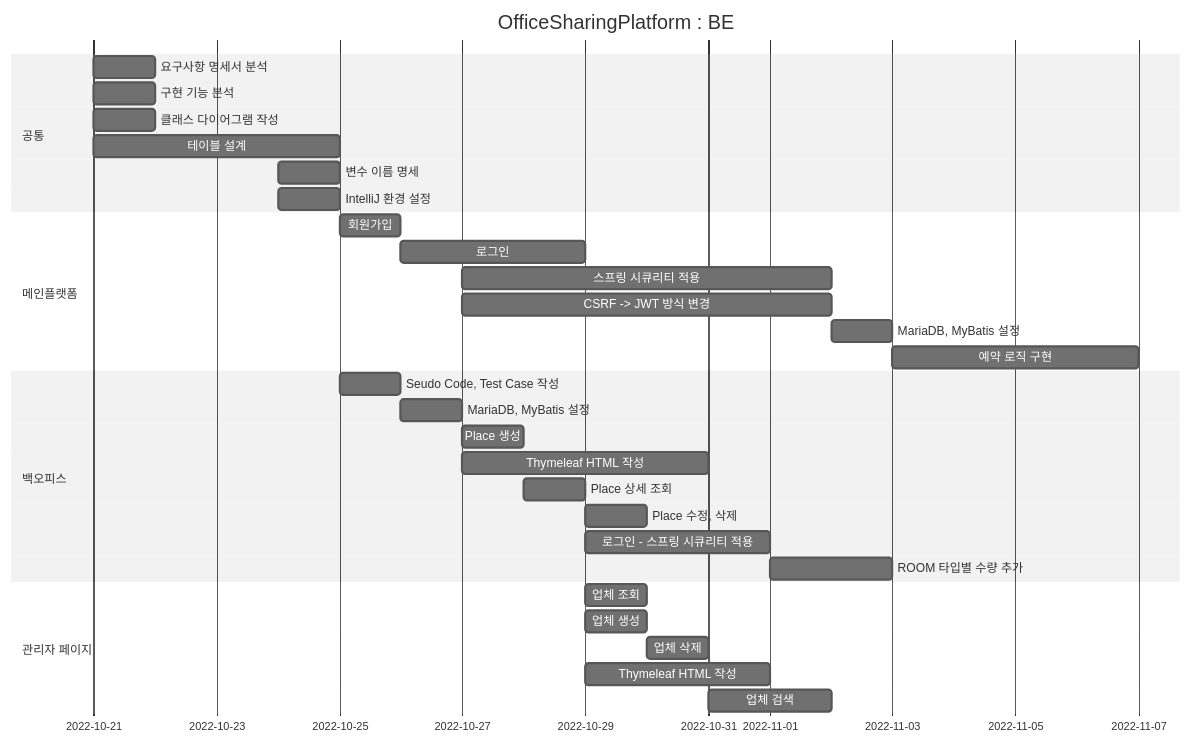
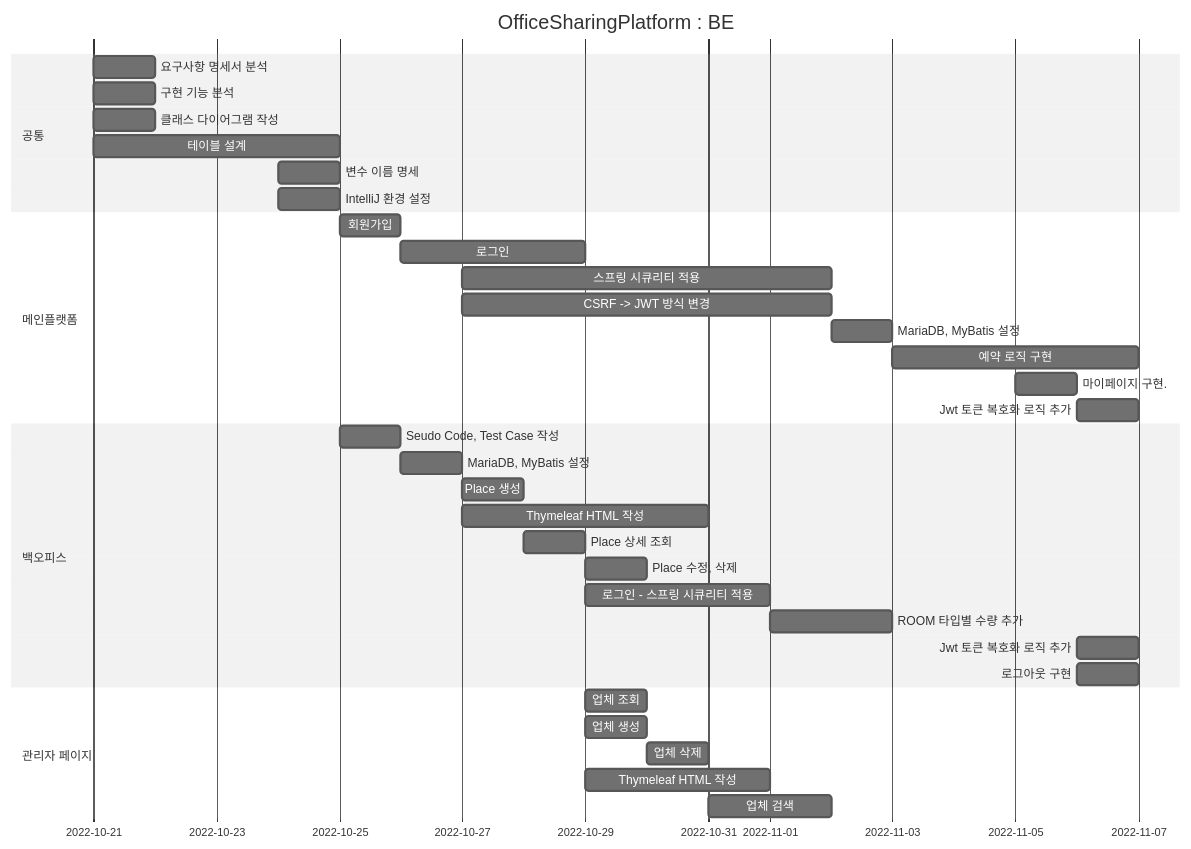
Before and after one commit to Hell-O-Demon-World/semi-OfficeSharingPlatform: the diagram in README.md, drawn with Mermaid (neutral theme).

````diff
--- a/README.md
+++ b/README.md
@@ -9,39 +9,43 @@
 ```mermaid
 gantt
 dateFormat MM-DD
 title OfficeSharingPlatform : BE
 
     section 공통
     요구사항 명세서 분석      :chap1, 10-21, 1d
     구현 기능 분석          :chap2, 10-21, 1d
     클래스 다이어그램 작성    :chap3, 10-21, 1d 
     테이블 설계            :chap4, 10-21, 4d
     변수 이름 명세          :chap5, 10-24, 1d
     IntelliJ 환경 설정     :chap6, 10-24, 1d
 
     section 메인플랫폼
     회원가입                :chap1, 10-25, 1d
     로그인                 :chap2, 10-26, 3d
     스프링 시큐리티 적용       :chap3, 10-27, 6d
     CSRF -> JWT 방식 변경   :chap4, 10-27, 6d
-    MariaDB, MyBatis 설정 :chap5, 11-02, 1d
+    MariaDB, MyBatis 설정  :chap5, 11-02, 1d
     예약 로직 구현           :chap6, 11-03, 4d
+    마이페이지 구현.          :chap7, 11-05, 1d
+    Jwt 토큰 복호화 로직 추가  :chap8, 11-06, 1d
     
     section 백오피스
     Seudo Code, Test Case 작성    :chap1, 10-25, 1d
     MariaDB, MyBatis 설정         :chap2, 10-26, 1d
     Place 생성                    :chap3, 10-27, 1d
     Thymeleaf HTML 작성           :chap4, 10-27, 4d
     Place 상세 조회                :chap5, 10-28, 1d
     Place 수정, 삭제               :chap6, 10-29, 1d
     로그인 - 스프링 시큐리티 적용       :chap7, 10-29, 3d
     ROOM 타입별 수량 추가            :chap8, 11-01, 2d
+    Jwt 토큰 복호화 로직 추가         :chap9, 11-06, 1d
+    로그아웃 구현                   :chap10, 11-06, 1d
     
     section 관리자 페이지
     업체 조회              :chap1, 10-29, 1d
     업체 생성              :chap2, 10-29, 1d
     업체 삭제              :chap3, 10-30, 1d
     Thymeleaf HTML 작성   :chap4, 10-29, 3d
     업체 검색              :chap5, 10-31, 2d
     
 ```
````
